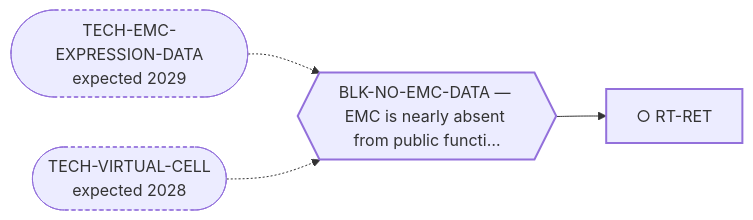
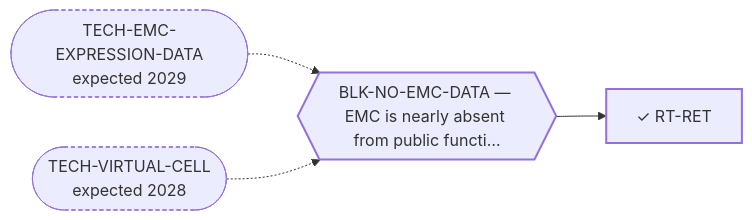
One commit to trimcrae/Rare-cancers changed the diagram in systems/views/L2-rt-ret.md. Above: the diagram before and after it, drawn with Mermaid. The commit also changed other lines of this file and 17 other files, not shown here.

````diff
--- a/systems/views/L2-rt-ret.md
+++ b/systems/views/L2-rt-ret.md
@@ -27,14 +27,14 @@
 ```mermaid
 flowchart LR
-  RT_RET["○ RT-RET"]:::fam
+  RT_RET["✓ RT-RET"]:::fam
   BLK_NO_EMC_DATA{{"BLK-NO-EMC-DATA — EMC is nearly absent from public functi…"}}:::blk
   BLK_NO_EMC_DATA --> RT_RET
   TECH_EMC_EXPRESSION_DATA(["TECH-EMC-EXPRESSION-DATA<br/>expected 2029"]):::tech
   TECH_EMC_EXPRESSION_DATA -.-> BLK_NO_EMC_DATA
   TECH_VIRTUAL_CELL(["TECH-VIRTUAL-CELL<br/>expected 2028"]):::tech
   TECH_VIRTUAL_CELL -.-> BLK_NO_EMC_DATA
   classDef fam stroke-width:2px;
   classDef blk stroke-width:2px;
   classDef perm stroke-width:4px;
   classDef tech stroke-width:1px,stroke-dasharray:4 3;
 ```
````
